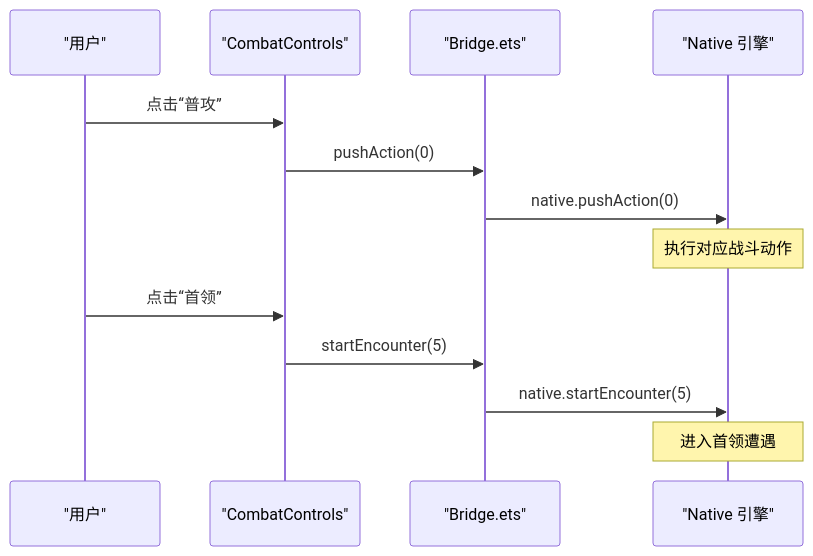
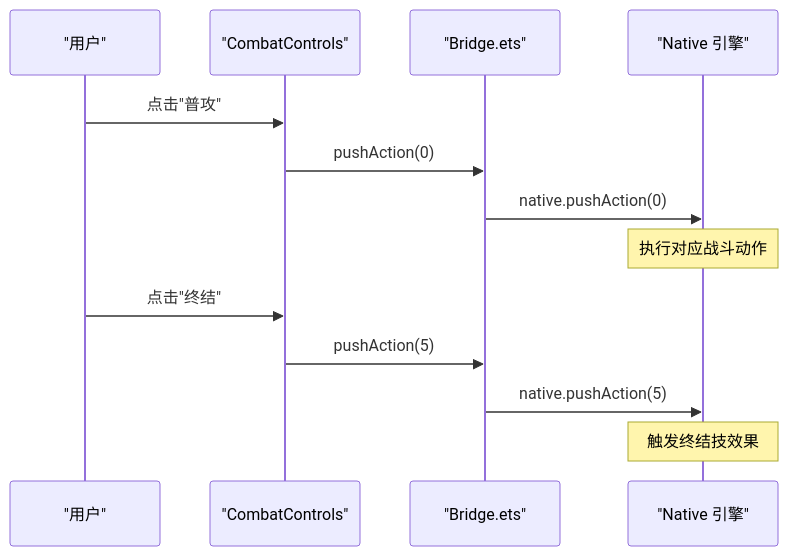
The third of 6 diagrams in .qoder/repowiki/zh/content/前端界面系统/UI 组件系统/UI 组件系统.md (sj123sheng/my-world), drawn with Mermaid before and after one commit. The commit also changed other lines of this file and 160 other files, not shown here.

````diff
--- a/.qoder/repowiki/zh/content/前端界面系统/UI 组件系统/UI 组件系统.md
+++ b/.qoder/repowiki/zh/content/前端界面系统/UI 组件系统/UI 组件系统.md
@@ -214,15 +189,15 @@
 ```mermaid
 sequenceDiagram
 participant U as "用户"
 participant CC as "CombatControls"
 participant BR as "Bridge.ets"
 participant N as "Native 引擎"
-U->>CC : 点击“普攻”
+U->>CC : 点击"普攻"
 CC->>BR : pushAction(0)
 BR->>N : native.pushAction(0)
 Note over N : 执行对应战斗动作
-U->>CC : 点击“首领”
-CC->>BR : startEncounter(5)
-BR->>N : native.startEncounter(5)
-Note over N : 进入首领遭遇
+U->>CC : 点击"终结"
+CC->>BR : pushAction(5)
+BR->>N : native.pushAction(5)
+Note over N : 触发终结技效果
 ```
````
